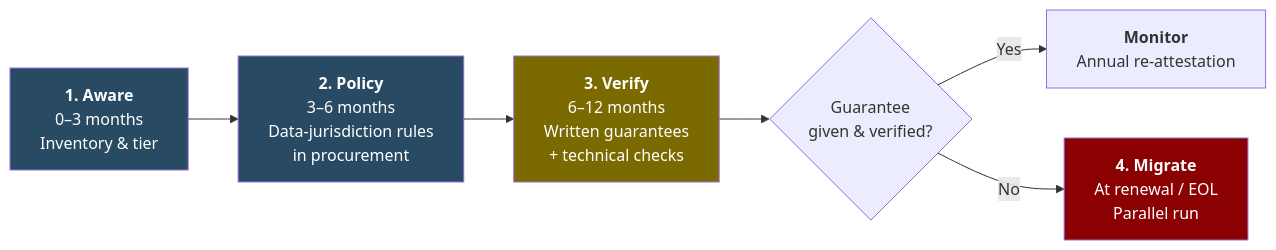
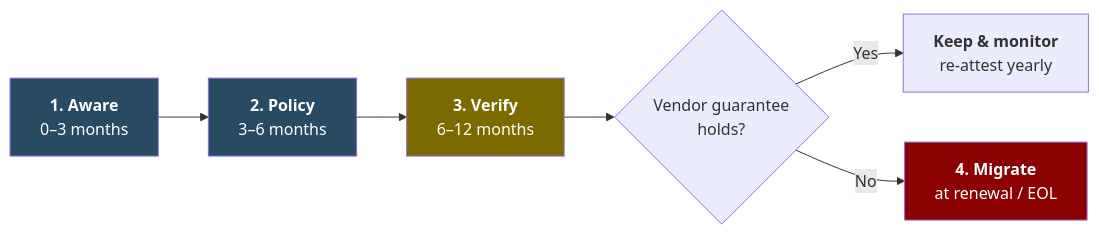
Before and after one commit to rectifyq/site: the diagram in content/my-only/2026-10-waze-ban-israel-nexus-technology.md, drawn with Mermaid. The commit also changed other lines of this file and 1 other file, not shown here.

First line of the commit message:
Restructure Waze assessment BLUF-first; verify vendor docs and sources

````diff
--- a/content/my-only/2026-10-waze-ban-israel-nexus-technology.md
+++ b/content/my-only/2026-10-waze-ban-israel-nexus-technology.md
@@ -255,12 +64,12 @@
 ```mermaid
 flowchart LR
-    A["<b>1. Aware</b><br/>0–3 months<br/>Inventory & tier"] --> B["<b>2. Policy</b><br/>3–6 months<br/>Data-jurisdiction rules<br/>in procurement"]
-    B --> C["<b>3. Verify</b><br/>6–12 months<br/>Written guarantees<br/>+ technical checks"]
-    C --> D{"Guarantee<br/>given & verified?"}
-    D -- Yes --> E["<b>Monitor</b><br/>Annual re-attestation"]
-    D -- No --> F["<b>4. Migrate</b><br/>At renewal / EOL<br/>Parallel run"]
+    A["<b>1. Aware</b><br/>0–3 months"] --> B["<b>2. Policy</b><br/>3–6 months"]
+    B --> C["<b>3. Verify</b><br/>6–12 months"]
+    C --> D{"Vendor guarantee<br/>holds?"}
+    D -- Yes --> E["<b>Keep & monitor</b><br/>re-attest yearly"]
+    D -- No --> F["<b>4. Migrate</b><br/>at renewal / EOL"]
     style A fill:#284b63,color:#fff
     style B fill:#284b63,color:#fff
     style C fill:#7a6a00,color:#fff
     style F fill:#8b0000,color:#fff
 ```
````
